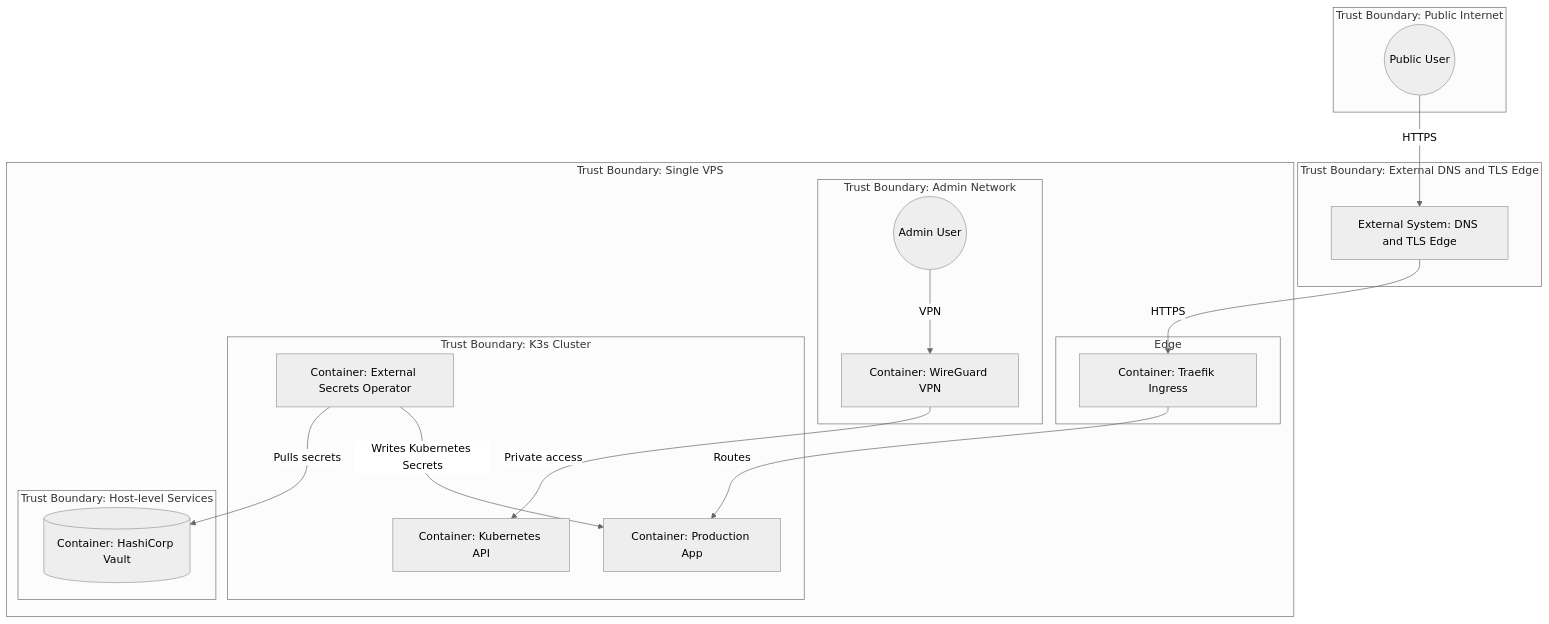
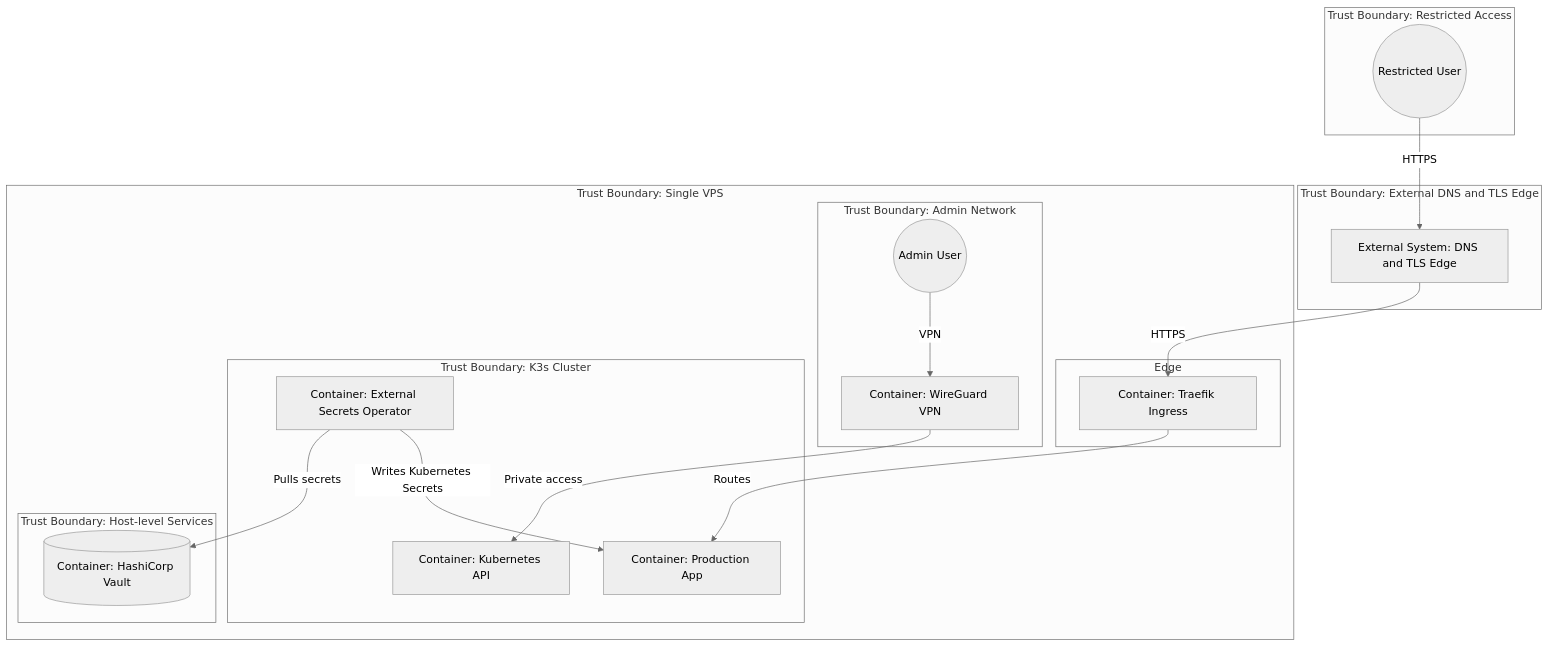
One commit to FerdinandWohlstein/infrastructure-live changed the diagram in docs/security_trust_boundaries.mmd. Above: the diagram before and after it, drawn with Mermaid (neutral theme). The commit also changed 17 other files, not shown here.

```diff
--- a/docs/security_trust_boundaries.mmd
+++ b/docs/security_trust_boundaries.mmd
@@ -1,41 +1,41 @@
 graph TB
     %% Trust boundaries - threat-model-lite (learning)
 
-    subgraph Internet [Trust Boundary: Public Internet]
-        PublicUser((Public User))
+    subgraph Internet [Trust Boundary: Restricted Access]
+        PublicUser((Restricted User))
     end
 
     subgraph DNS_Edge [Trust Boundary: External DNS and TLS Edge]
         DNS[External System: DNS and TLS Edge]
     end
 
     subgraph VPS [Trust Boundary: Single VPS]
         subgraph Edge [Edge]
             Ingress[Container: Traefik Ingress]
         end
 
         subgraph Private_Admin [Trust Boundary: Admin Network]
             WG[Container: WireGuard VPN]
             Admin((Admin User))
         end
 
         subgraph Cluster [Trust Boundary: K3s Cluster]
             API[Container: Kubernetes API]
             App[Container: Production App]
             ESO[Container: External Secrets Operator]
         end
 
         subgraph Host_Level [Trust Boundary: Host-level Services]
             Vault[(Container: HashiCorp Vault)]
         end
     end
 
     PublicUser -->|HTTPS| DNS
     DNS -->|HTTPS| Ingress
     Ingress -->|Routes| App
 
     Admin -->|VPN| WG
     WG -->|Private access| API
 
     ESO -->|Pulls secrets| Vault
     ESO -->|Writes Kubernetes Secrets| App
```
